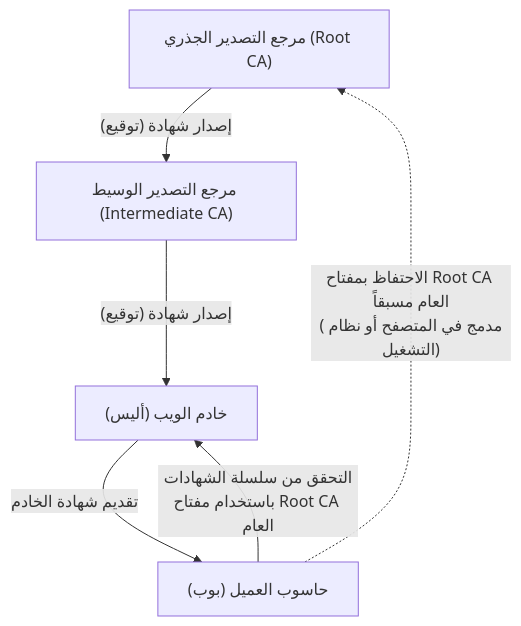
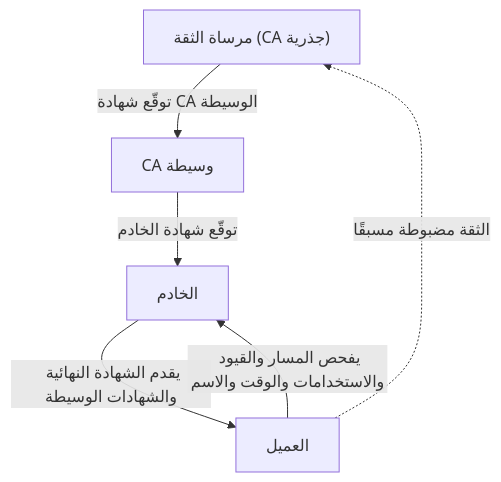
Before and after one commit to kenjinote/blog: the third of 3 diagrams in content/post/modern-cryptography-public-key-hash-signature/index.ar.md, drawn with Mermaid. The commit also changed other lines of this file and 14 other files, not shown here.

````diff
--- a/content/post/modern-cryptography-public-key-hash-signature/index.ar.md
+++ b/content/post/modern-cryptography-public-key-hash-signature/index.ar.md
@@ -318,13 +272,8 @@
 ```mermaid
 graph TD
-    CA["مرجع التصدير الجذري (Root CA)"]
-    SubCA["مرجع التصدير الوسيط (Intermediate CA)"]
-    Server["خادم الويب (أليس)"]
-    Client["حاسوب العميل (بوب)"]
-
-    CA -->|"إصدار شهادة (توقيع)"| SubCA
-    SubCA -->|"إصدار شهادة (توقيع)"| Server
-    Server -->|"تقديم شهادة الخادم"| Client
-    Client -.->|"الاحتفاظ بمفتاح Root CA العام مسبقاً\n(مدمج في المتصفح أو نظام التشغيل)"| CA
-    Client -->|"التحقق من سلسلة الشهادات\nباستخدام مفتاح Root CA العام"| Server
+    CA["مرساة الثقة (CA جذرية)"] -->|"توقّع شهادة CA الوسيطة"| I["CA وسيطة"]
+    I -->|"توقّع شهادة الخادم"| S["الخادم"]
+    S -->|"يقدم الشهادة النهائية والشهادات الوسيطة"| C["العميل"]
+    C -.->|"الثقة مضبوطة مسبقًا"| CA
+    C -->|"يفحص المسار والقيود والاستخدامات والوقت والاسم"| S
 ```
````
